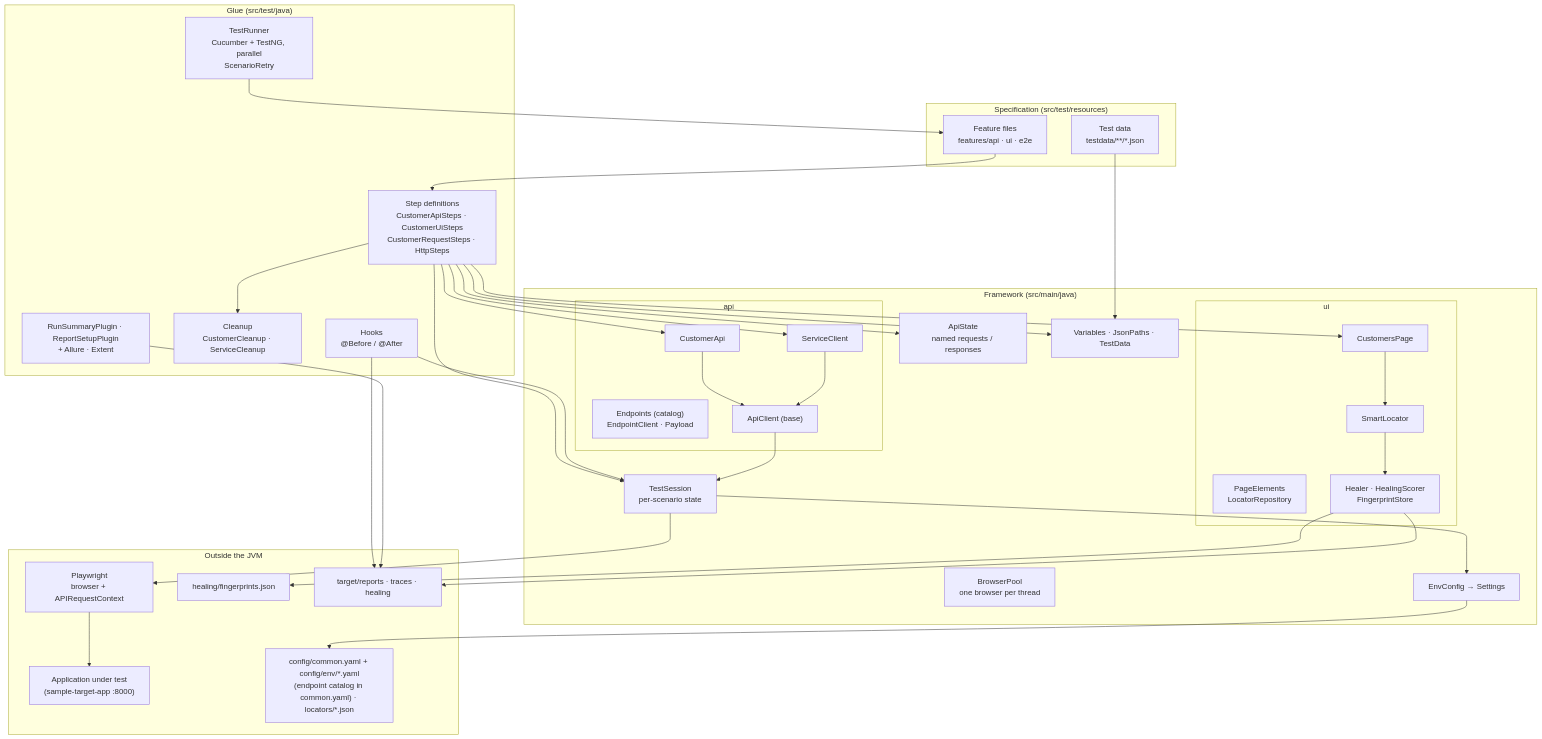
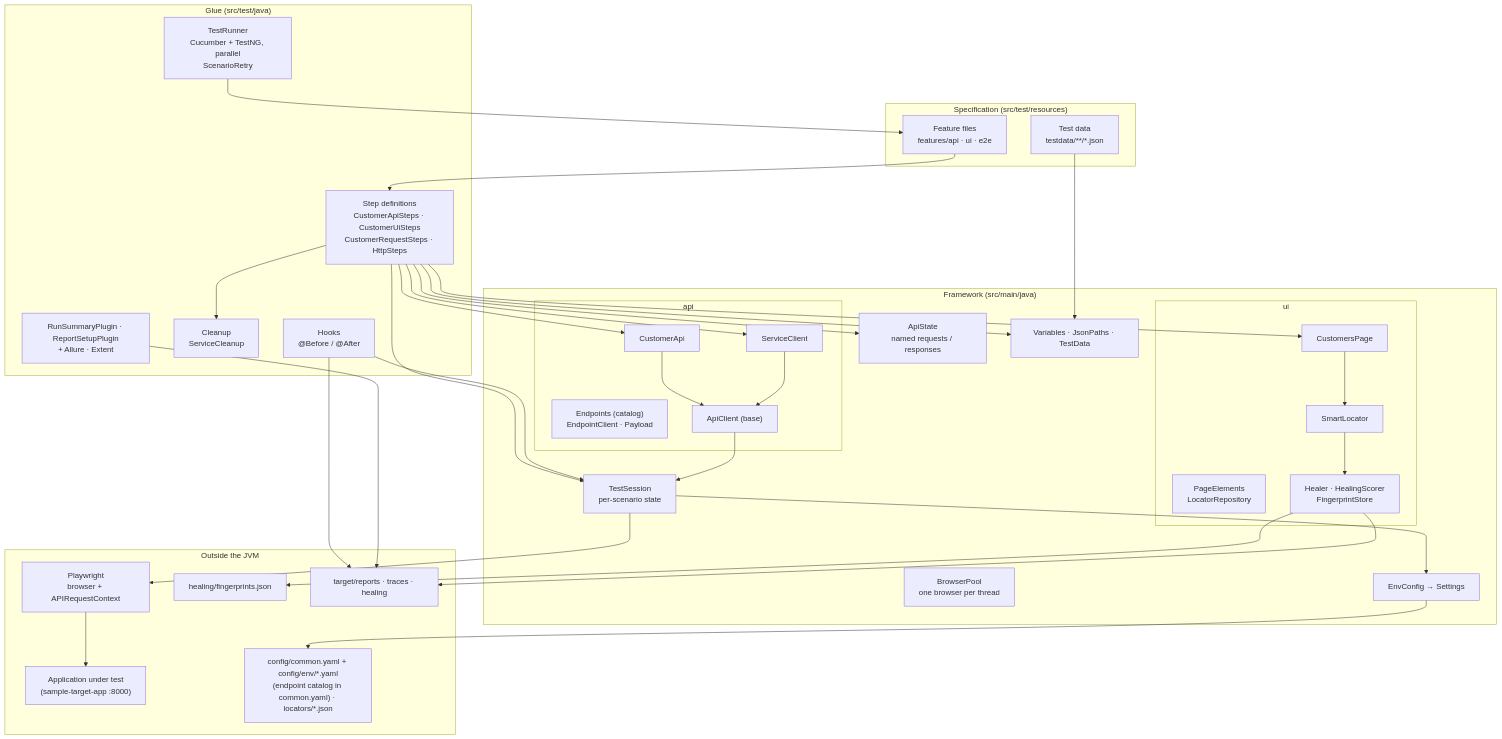
One commit to JayeshKumud/agentic-qa-java changed the first of 7 diagrams in docs/architecture.md. Above: the diagram before and after it, drawn with Mermaid. The commit also changed other lines of this file and 12 other files, not shown here.

First line of the commit message:
Inject PageComponentFactory with PicoContainer; replace CustomerCleanup with ServiceCleanup

````diff
--- a/docs/architecture.md
+++ b/docs/architecture.md
@@ -23,58 +23,58 @@
 ```mermaid
 flowchart TB
     subgraph Spec["Specification (src/test/resources)"]
         F["Feature files<br/>features/api · ui · e2e"]
         TD["Test data<br/>testdata/**/*.json"]
     end
 
     subgraph Glue["Glue (src/test/java)"]
         R["TestRunner<br/>Cucumber + TestNG, parallel<br/>ScenarioRetry"]
         H["Hooks<br/>@Before / @After"]
         ST["Step definitions<br/>CustomerApiSteps · CustomerUiSteps<br/>CustomerRequestSteps · HttpSteps"]
-        CL["Cleanup<br/>CustomerCleanup · ServiceCleanup"]
+        CL["Cleanup<br/>ServiceCleanup"]
         RP["RunSummaryPlugin · ReportSetupPlugin<br/>+ Allure · Extent"]
     end
 
     subgraph Core["Framework (src/main/java)"]
         S["TestSession<br/>per-scenario state"]
         BP["BrowserPool<br/>one browser per thread"]
         AS["ApiState<br/>named requests / responses"]
         V["Variables · JsonPaths · TestData"]
         subgraph API["api"]
             EP["Endpoints (catalog)<br/>EndpointClient · Payload"]
             AC["ApiClient (base)"]
             CA["CustomerApi"]
             SC["ServiceClient"]
         end
         subgraph UI["ui"]
             PO["CustomersPage"]
             LR["PageElements<br/>LocatorRepository"]
             SL["SmartLocator"]
             HE["Healer · HealingScorer<br/>FingerprintStore"]
         end
         CFG["EnvConfig → Settings"]
     end
 
     subgraph Ext["Outside the JVM"]
         PW["Playwright<br/>browser + APIRequestContext"]
         APP["Application under test<br/>(sample-target-app :8000)"]
         YAML["config/common.yaml + config/env/*.yaml<br/>(endpoint catalog in common.yaml) · locators/*.json"]
         FP["healing/fingerprints.json"]
         OUT["target/reports · traces · healing"]
     end
 
     R --> F
     F --> ST
     ST --> S & AS & V & CA & SC & PO
     ST --> CL
     TD --> V
     H --> S
     CA & SC --> AC --> S
     PO --> SL --> HE
     S --> PW --> APP
     S --> CFG --> YAML
     HE --> FP
     H --> OUT
     RP --> OUT
     HE --> OUT
 ```
````
